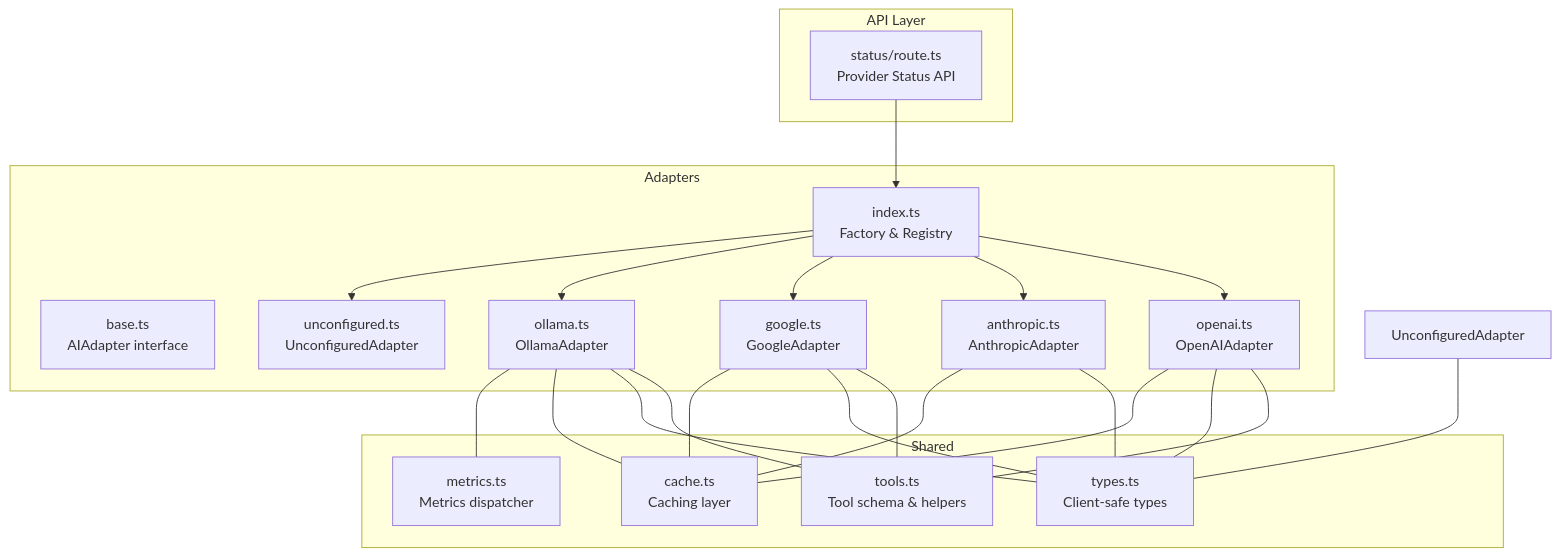
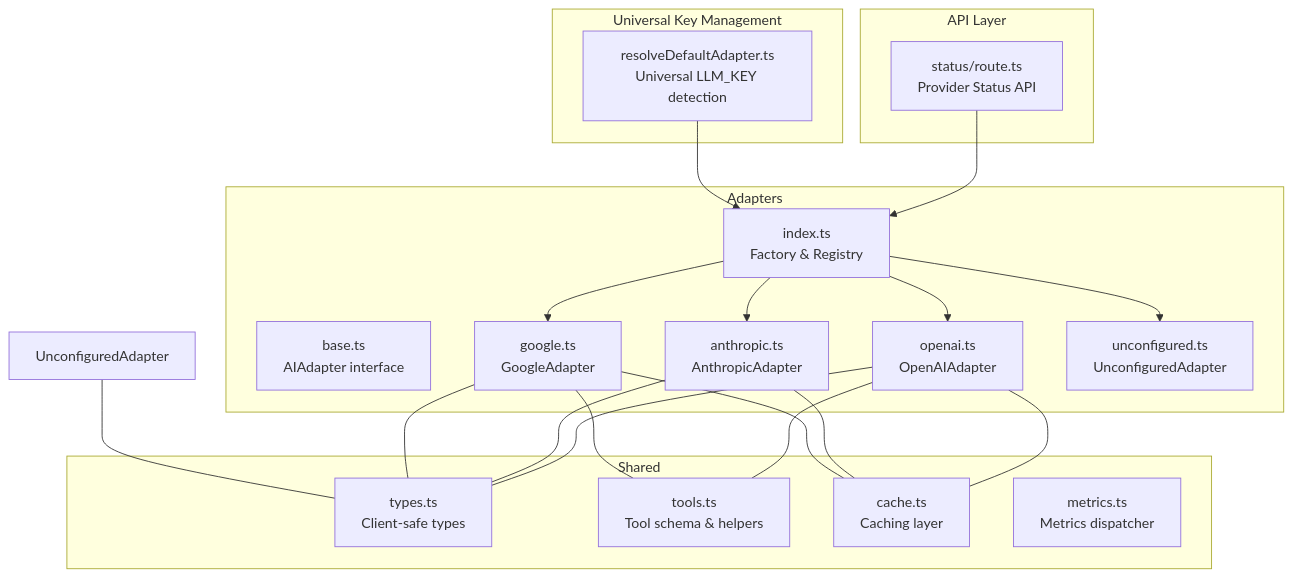
The first of 12 diagrams in .qoder/repowiki/en/content/Architecture & Design/Layered Architecture/Integration Layer/AI Provider Adapters.md (shekhargiri005-dotcom/AI-powered-accessibility-first-UI-engine), drawn with Mermaid before and after one commit. The commit also changed other lines of this file and 20 other files, not shown here.

````diff
--- a/.qoder/repowiki/en/content/Architecture & Design/Layered Architecture/Integration Layer/AI Provider Adapters.md
+++ b/.qoder/repowiki/en/content/Architecture & Design/Layered Architecture/Integration Layer/AI Provider Adapters.md
@@ -49,40 +50,38 @@
 ```mermaid
 graph TB
 subgraph "Adapters"
 IDX["index.ts<br/>Factory & Registry"]
 BASE["base.ts<br/>AIAdapter interface"]
 OA["openai.ts<br/>OpenAIAdapter"]
 AA["anthropic.ts<br/>AnthropicAdapter"]
 GA["google.ts<br/>GoogleAdapter"]
-OLA["ollama.ts<br/>OllamaAdapter"]
 UC["unconfigured.ts<br/>UnconfiguredAdapter"]
 end
 subgraph "Shared"
 TYPES["types.ts<br/>Client-safe types"]
 TOOLS["tools.ts<br/>Tool schema & helpers"]
 CACHE["cache.ts<br/>Caching layer"]
 METRICS["metrics.ts<br/>Metrics dispatcher"]
 end
+subgraph "Universal Key Management"
+RDA["resolveDefaultAdapter.ts<br/>Universal LLM_KEY detection"]
+end
 subgraph "API Layer"
 STATUS["status/route.ts<br/>Provider Status API"]
 end
 IDX --> OA
 IDX --> AA
 IDX --> GA
-IDX --> OLA
 IDX --> UC
 OA --- TOOLS
 GA --- TOOLS
-OLA --- TOOLS
 OA --- TYPES
 AA --- TYPES
 GA --- TYPES
-OLA --- TYPES
-OLA --- CACHE
 OA --- CACHE
 AA --- CACHE
 GA --- CACHE
-OLA --- METRICS
 STATUS --> IDX
 UA["UnconfiguredAdapter"] --- TYPES
+RDA --> IDX
 ```
````
